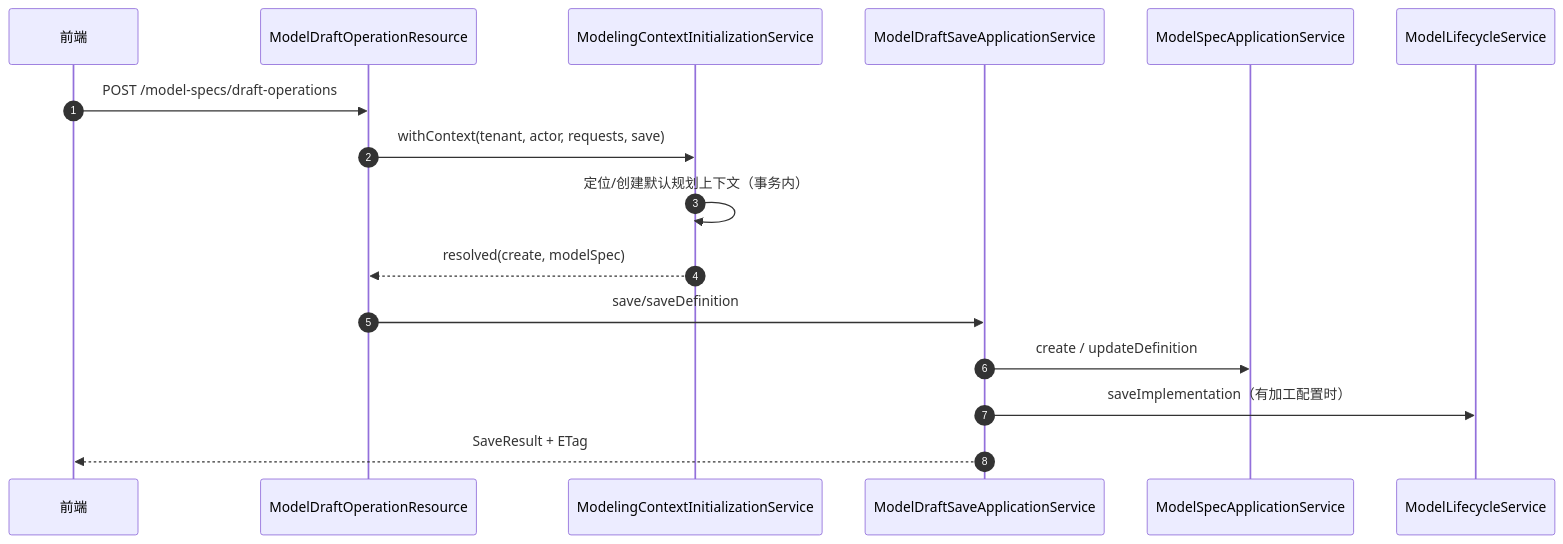
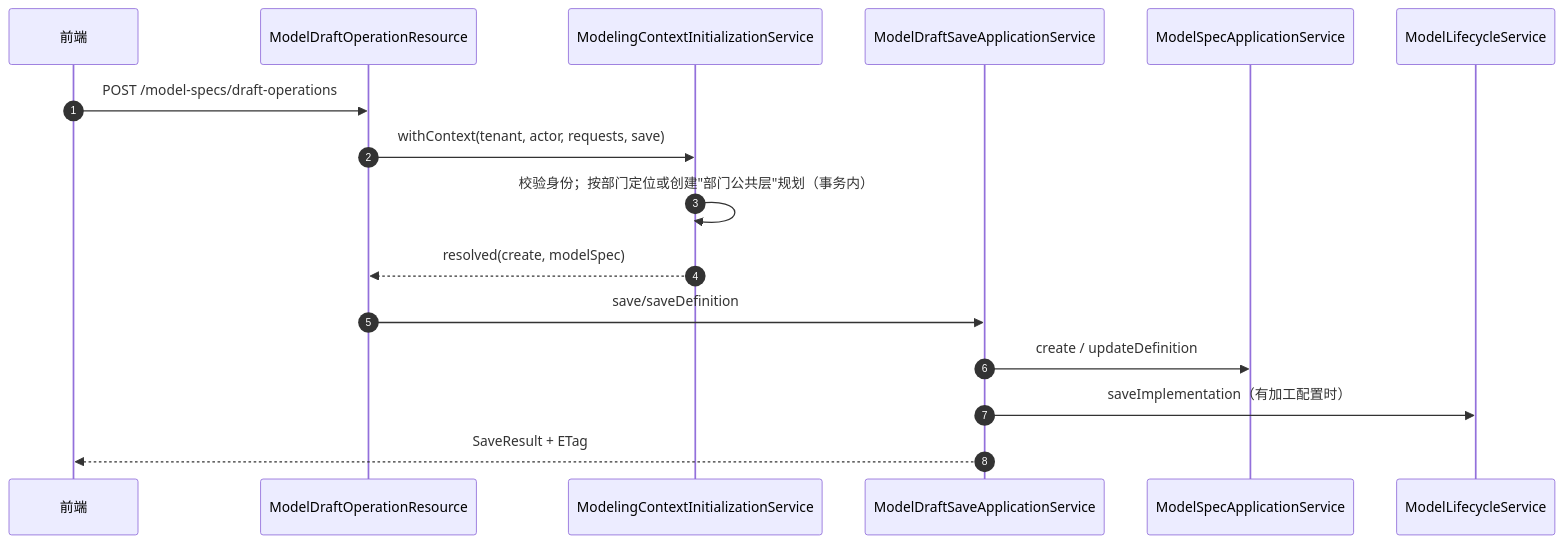
One commit to billyhotjava/dts-stack changed the second of 5 diagrams in worklog/v2.2.3/ref/devspec/01-modeling-mainline.md. Above: the diagram before and after it, drawn with Mermaid. The commit also changed other lines of this file and 1 other file, not shown here.

First line of the commit message:
docs(devspec): add call-graph atlas, action matrices and error-code index

````diff
--- a/worklog/v2.2.3/ref/devspec/01-modeling-mainline.md
+++ b/worklog/v2.2.3/ref/devspec/01-modeling-mainline.md
@@ -110,19 +110,19 @@
 ```mermaid
 sequenceDiagram
     autonumber
     participant FE as 前端
     participant R as ModelDraftOperationResource
     participant C as ModelingContextInitializationService
     participant D as ModelDraftSaveApplicationService
     participant S as ModelSpecApplicationService
     participant L as ModelLifecycleService
 
     FE->>R: POST /model-specs/draft-operations
     R->>C: withContext(tenant, actor, requests, save)
-    C->>C: 定位/创建默认规划上下文（事务内）
+    C->>C: 校验身份；按部门定位或创建"部门公共层"规划（事务内）
     C-->>R: resolved(create, modelSpec)
     R->>D: save/saveDefinition
     D->>S: create / updateDefinition
     D->>L: saveImplementation（有加工配置时）
     D-->>FE: SaveResult + ETag
 ```
````
